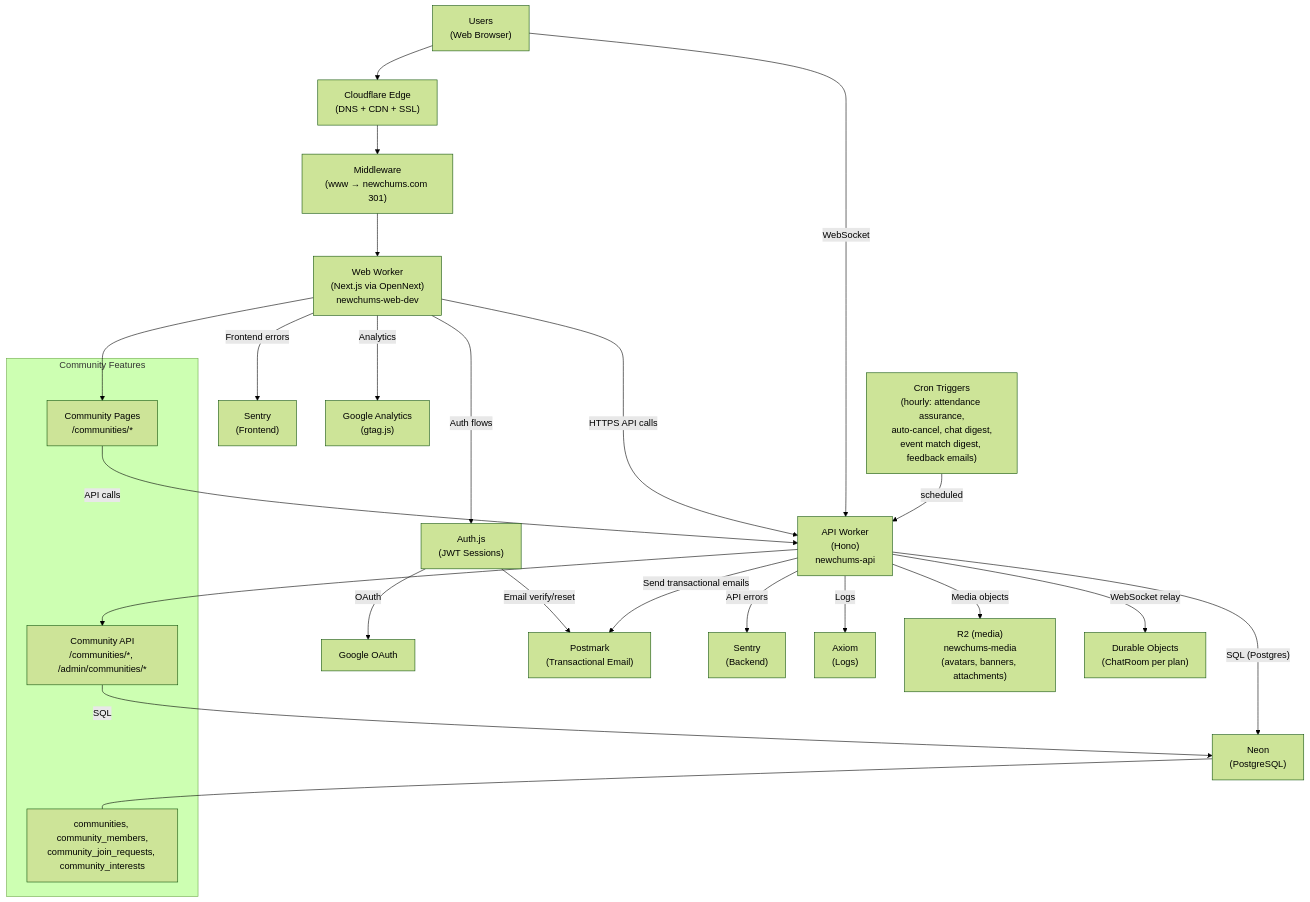
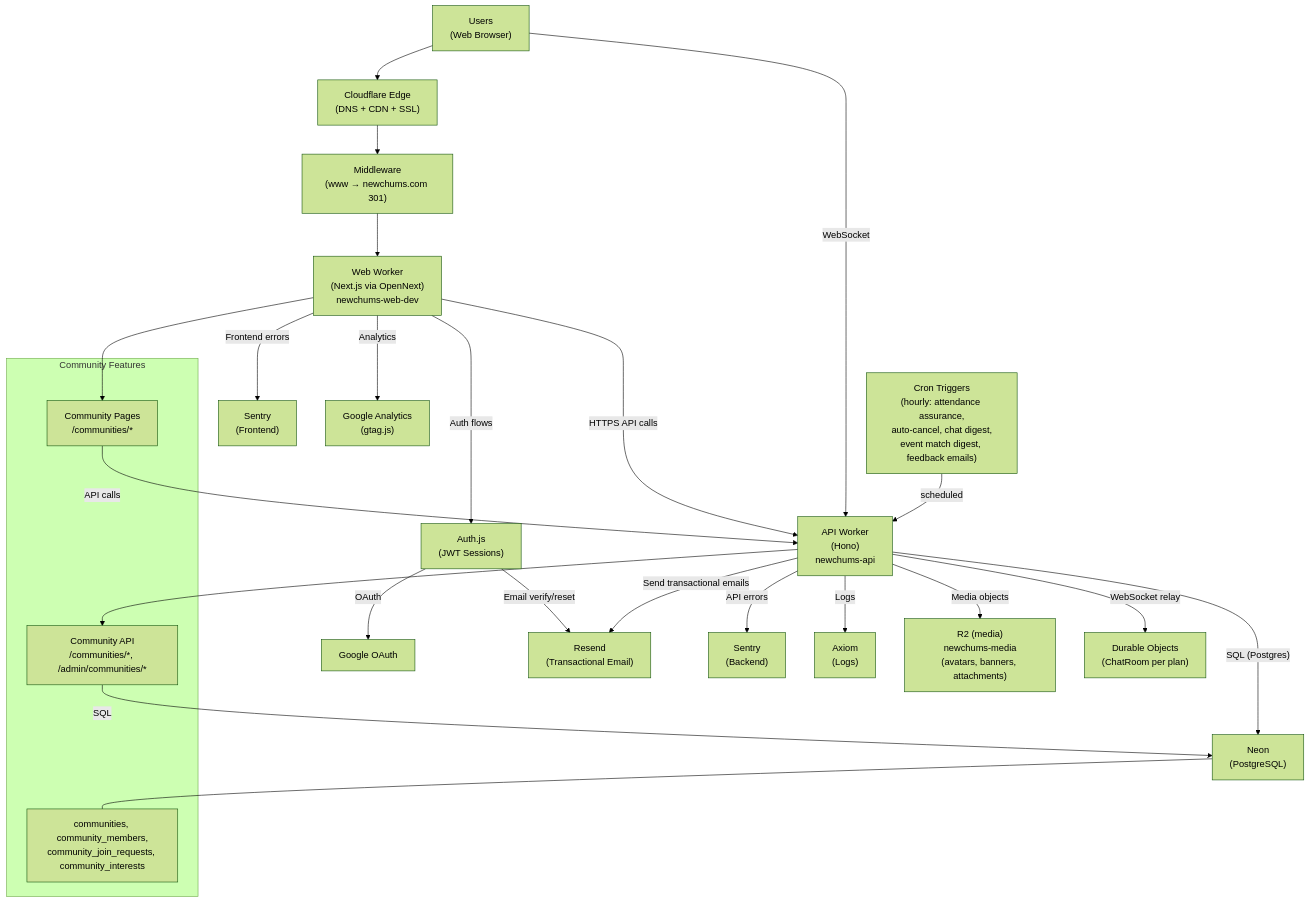
Before and after one commit to RSS705/newchums: the first of 4 diagrams in docs/System_Map.md, drawn with Mermaid (forest theme). The commit also changed other lines of this file and 28 other files, not shown here.

Commit message:
Postmark removed, replaced by Resend.

````diff
--- a/docs/System_Map.md
+++ b/docs/System_Map.md
@@ -27,36 +27,36 @@
 ```mermaid
 flowchart TB
   U["Users<br/>(Web Browser)"] --> CF["Cloudflare Edge<br/>(DNS + CDN + SSL)"]
   CF --> MW["Middleware<br/>(www → newchums.com 301)"]
   MW --> W["Web Worker<br/>(Next.js via OpenNext)<br/>newchums-web-dev"]
 
   W -->|"HTTPS API calls"| API["API Worker<br/>(Hono)<br/>newchums-api"]
   API -->|"SQL (Postgres)"| DB["Neon<br/>(PostgreSQL)"]
 
   W -->|"Auth flows"| AUTH["Auth.js<br/>(JWT Sessions)"]
   AUTH -->|"OAuth"| GOOGLE["Google OAuth"]
-  AUTH -->|"Email verify/reset"| PM["Postmark<br/>(Transactional Email)"]
+  AUTH -->|"Email verify/reset"| PM["Resend<br/>(Transactional Email)"]
   API -->|"Send transactional emails"| PM
 
   W -->|"Frontend errors"| SENTRY_FE["Sentry<br/>(Frontend)"]
   API -->|"API errors"| SENTRY_BE["Sentry<br/>(Backend)"]
   API -->|"Logs"| AX["Axiom<br/>(Logs)"]
   W -->|"Analytics"| GA["Google Analytics<br/>(gtag.js)"]
 
   API -->|"Media objects"| R2["R2 (media)<br/>newchums-media<br/>(avatars, banners, attachments)"]
   API -->|"WebSocket relay"| DO["Durable Objects<br/>(ChatRoom per plan)"]
   U -->|"WebSocket"| API
   CRON["Cron Triggers<br/>(hourly: attendance assurance,<br/>auto-cancel, chat digest,<br/>event match digest, feedback emails)"] -->|"scheduled"| API
 
   subgraph "Community Features"
     COMM_PAGES["Community Pages<br/>/communities/*"]
     COMM_API["Community API<br/>/communities/*, /admin/communities/*"]
     COMM_TABLES["communities, community_members,<br/>community_join_requests, community_interests"]
   end
 
   W --> COMM_PAGES
   COMM_PAGES -->|"API calls"| API
   API --> COMM_API
   COMM_API -->|"SQL"| DB
   DB --- COMM_TABLES
 ```
````
